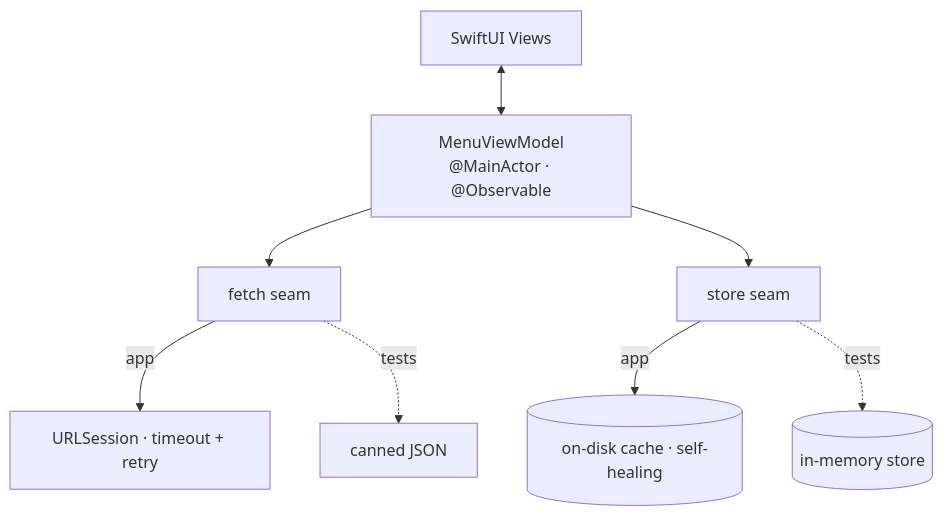
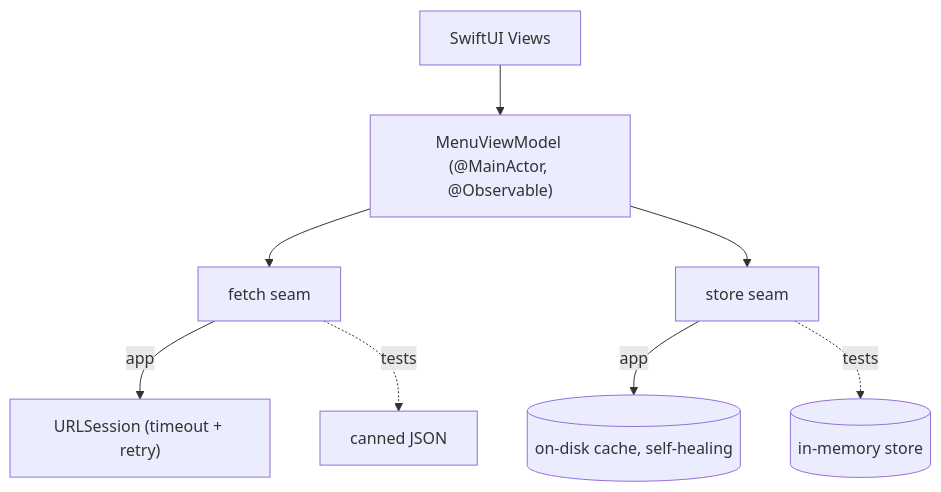
The diagram in README.md (A-bv/Capstone-iOS), drawn with Mermaid before and after one commit.

Commit message:
docs: use compatible syntax in the architecture diagram
Context: The Mermaid diagram used <br/> and a bidirectional arrow that
can fail to render on some Markdown viewers.

Change: Switch to plain single-line labels and one-way arrows so the
diagram renders everywhere.

````diff
--- a/README.md
+++ b/README.md
@@ -49,10 +49,10 @@
 ```mermaid
 flowchart TD
-    V["SwiftUI Views"] <--> VM["MenuViewModel<br/>@MainActor · @Observable"]
+    V["SwiftUI Views"] --> VM["MenuViewModel (@MainActor, @Observable)"]
     VM --> F["fetch seam"]
     VM --> S["store seam"]
-    F -->|app| NET["URLSession · timeout + retry"]
+    F -->|app| NET["URLSession (timeout + retry)"]
     F -.->|tests| J["canned JSON"]
-    S -->|app| D[("on-disk cache · self-healing")]
+    S -->|app| D[("on-disk cache, self-healing")]
     S -.->|tests| M[("in-memory store")]
 ```
````
